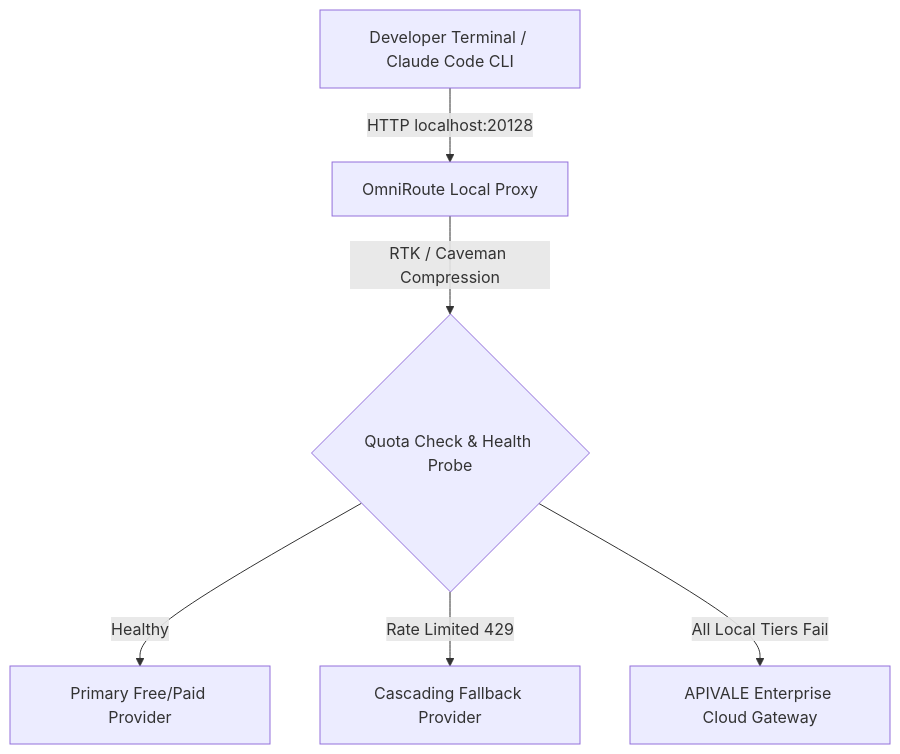
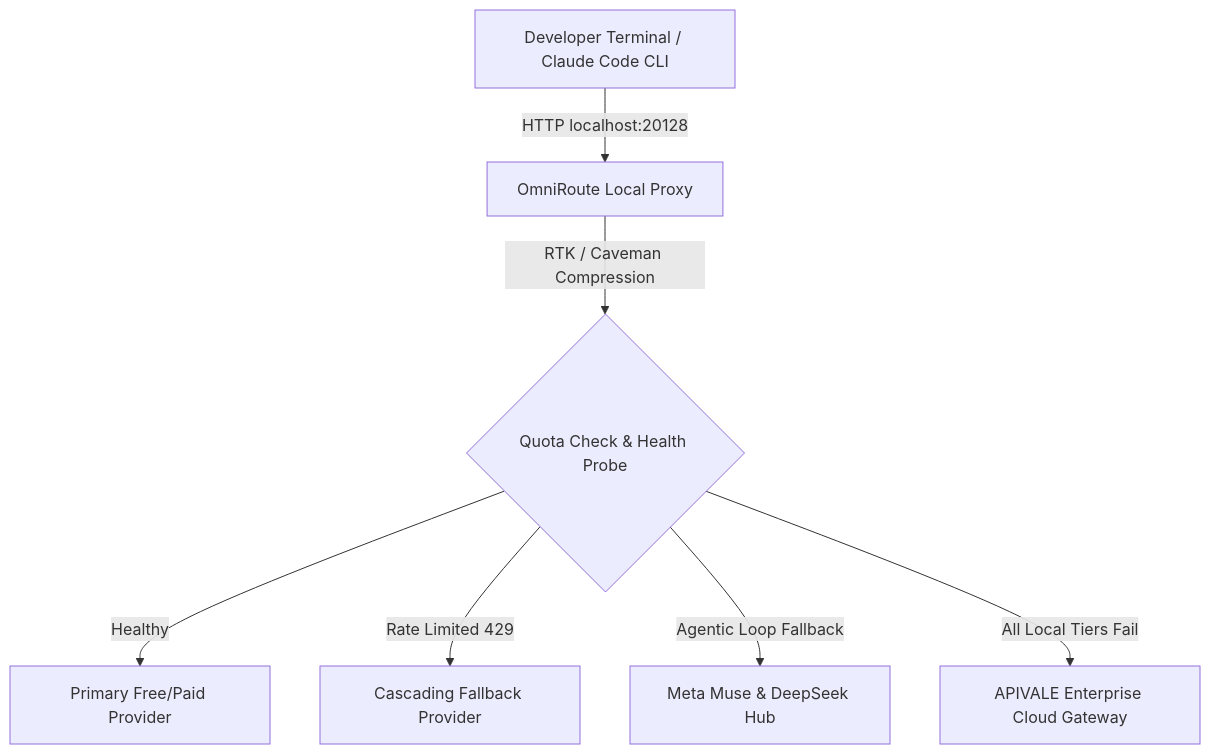
One commit to bshx2024/apivel_blog changed the first of 2 diagrams in src/content/blog/omniroute-claude-code-setup.md. Above: the diagram before and after it, drawn with Mermaid. The commit also changed other lines of this file and 4 other files, not shown here.

Commit message:
feat(blog): publish meta-muse-ai-api-setup with bidirectional links and action log

````diff
--- a/src/content/blog/omniroute-claude-code-setup.md
+++ b/src/content/blog/omniroute-claude-code-setup.md
@@ -86,8 +86,9 @@
 ```mermaid
 graph TD
     A["Developer Terminal / Claude Code CLI"] -->|HTTP localhost:20128| B["OmniRoute Local Proxy"]
     B -->|RTK / Caveman Compression| C{"Quota Check & Health Probe"}
     C -->|Healthy| D["Primary Free/Paid Provider"]
     C -->|Rate Limited 429| E["Cascading Fallback Provider"]
+    C -->|Agentic Loop Fallback| G["Meta Muse & DeepSeek Hub"]
     C -->|All Local Tiers Fail| F["APIVALE Enterprise Cloud Gateway"]
 ```
````
